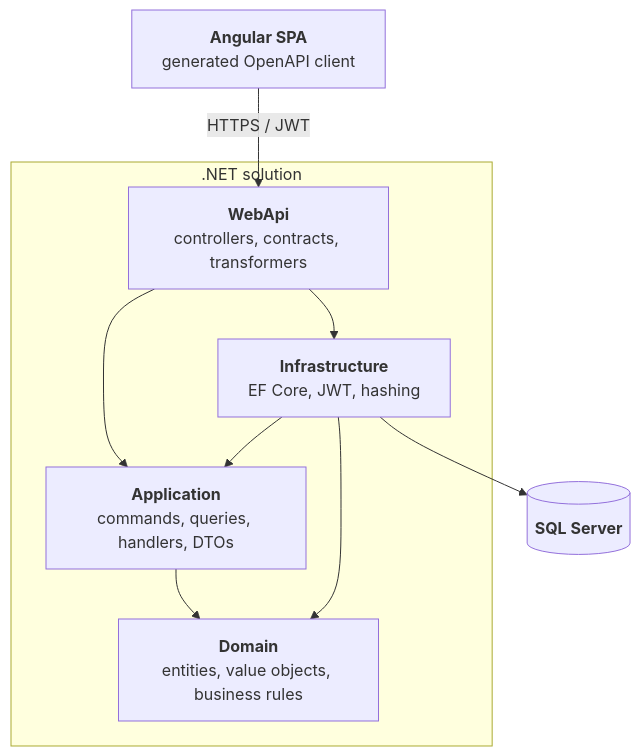
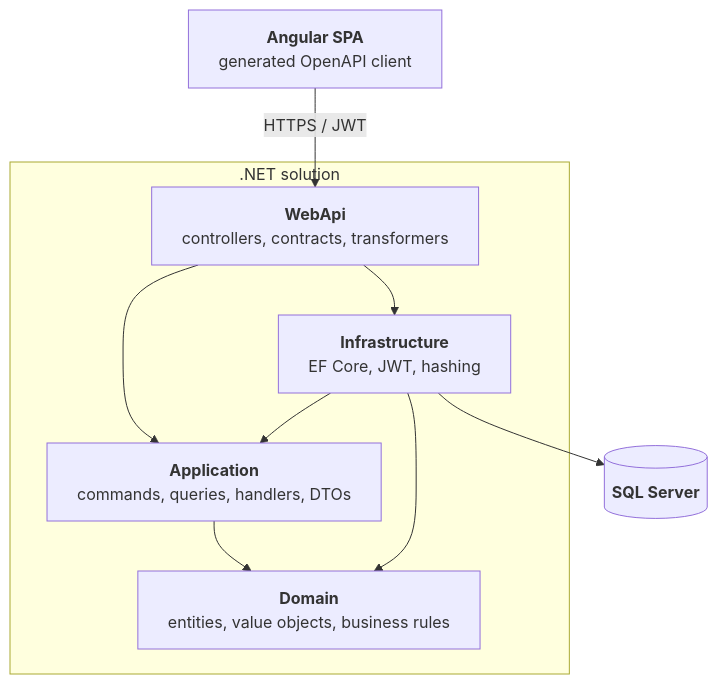
One commit to muszkab/TicketBookingPlatform changed the diagram in README.md. Above: the diagram before and after it, drawn with Mermaid. The commit also changed other lines of this file and 1 other file, not shown here.

````diff
--- a/README.md
+++ b/README.md
@@ -75,19 +75,20 @@
 ```mermaid
+%%{init: {"flowchart": {"wrappingWidth": 400}}}%%
 flowchart TD
     UI[<b>Angular SPA</b><br/>generated OpenAPI client] -->|HTTPS / JWT| API
 
     subgraph Backend[".NET solution"]
         API[<b>WebApi</b><br/>controllers, contracts, transformers]
         APP[<b>Application</b><br/>commands, queries, handlers, DTOs]
         DOM[<b>Domain</b><br/>entities, value objects, business rules]
         INF[<b>Infrastructure</b><br/>EF Core, JWT, hashing]
 
         API --> APP
         API --> INF
         APP --> DOM
         INF --> APP
         INF --> DOM
     end
 
     INF --> DB[(<b>SQL Server</b>)]
 ```
````
